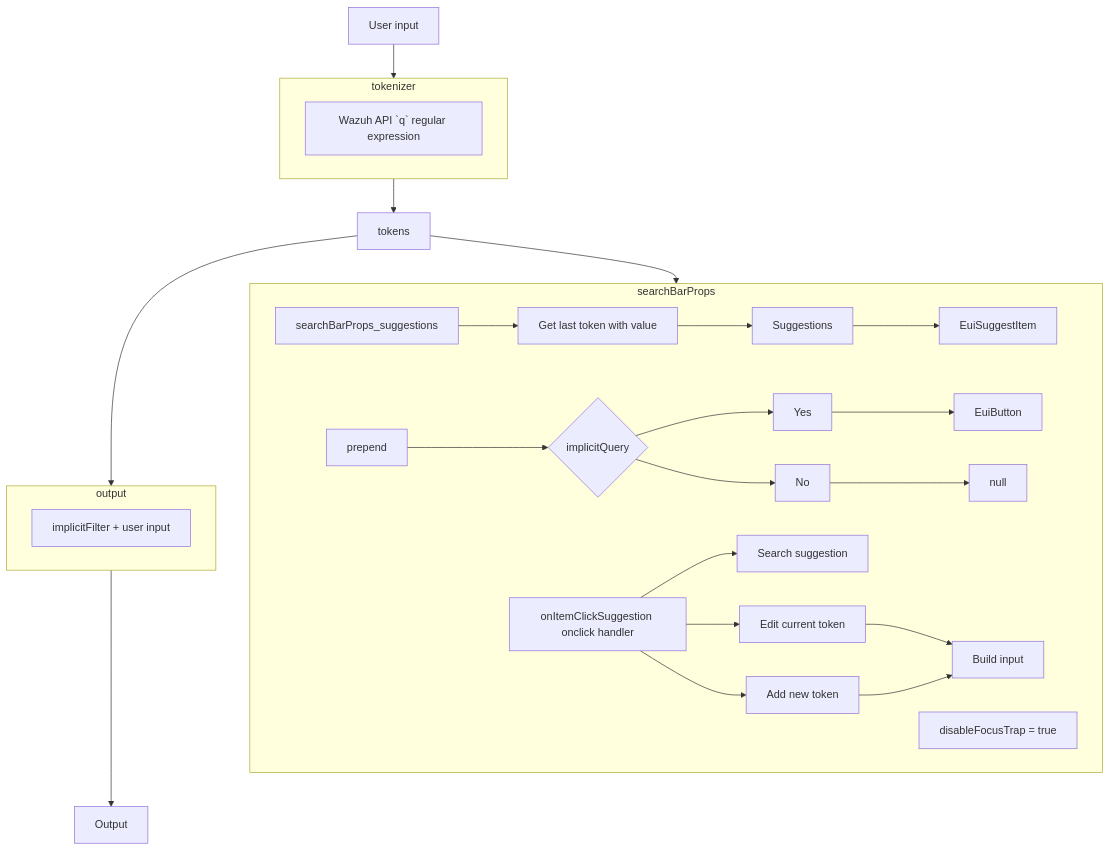
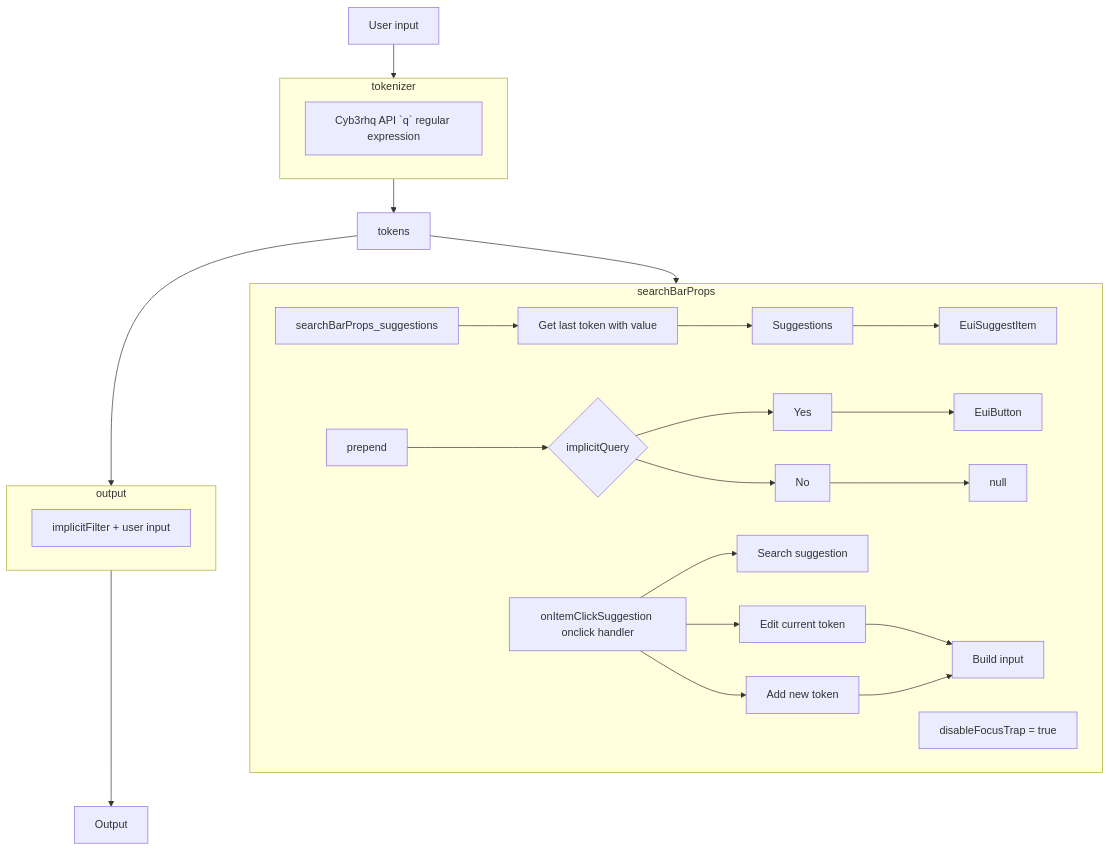
The diagram in plugins/main/public/components/search-bar/query-language/aql.md (Cyb3rhq/cyb3rhq-dashboard-plugins), drawn with Mermaid before and after one commit. The commit also changed other lines of this file and 1893 other files, not shown here.

````diff
--- a/plugins/main/public/components/search-bar/query-language/aql.md
+++ b/plugins/main/public/components/search-bar/query-language/aql.md
@@ -175,30 +175,30 @@
 ```mermaid
 graph TD;
     user_input[User input]-->tokenizer;
     subgraph tokenizer
-        tokenize_regex[Wazuh API `q` regular expression]
+        tokenize_regex[Cyb3rhq API `q` regular expression]
     end
 
     tokenizer-->tokens;
     
     tokens-->searchBarProps;
     subgraph searchBarProps;
         searchBarProps_suggestions-->searchBarProps_suggestions_get_last_token_with_value[Get last token with value]
         searchBarProps_suggestions_get_last_token_with_value[Get last token with value]-->searchBarProps_suggestions__result[Suggestions]
         searchBarProps_suggestions__result[Suggestions]-->EuiSuggestItem
         searchBarProps_prepend[prepend]-->searchBarProps_prepend_implicitQuery{implicitQuery}
         searchBarProps_prepend_implicitQuery{implicitQuery}-->searchBarProps_prepend_implicitQuery_yes[Yes]-->EuiButton
         searchBarProps_prepend_implicitQuery{implicitQuery}-->searchBarProps_prepend_implicitQuery_no[No]-->null
         searchBarProps_disableFocusTrap:true[disableFocusTrap = true]
         searchBarProps_onItemClick[onItemClickSuggestion onclick handler]-->searchBarProps_onItemClick_suggestion_search[Search suggestion]
         searchBarProps_onItemClick[onItemClickSuggestion onclick handler]-->searchBarProps_onItemClick_suggestion_edit_current_token[Edit current token]-->searchBarProps_onItemClick_build_input[Build input]
         searchBarProps_onItemClick[onItemClickSuggestion onclick handler]-->searchBarProps_onItemClick_suggestion_add_new_token[Add new token]-->searchBarProps_onItemClick_build_input[Build input]
     end
 
     tokens-->output;
     subgraph output[output];
         output_result[implicitFilter + user input]
     end
 
     output-->output_search_bar[Output]
 ```
````
